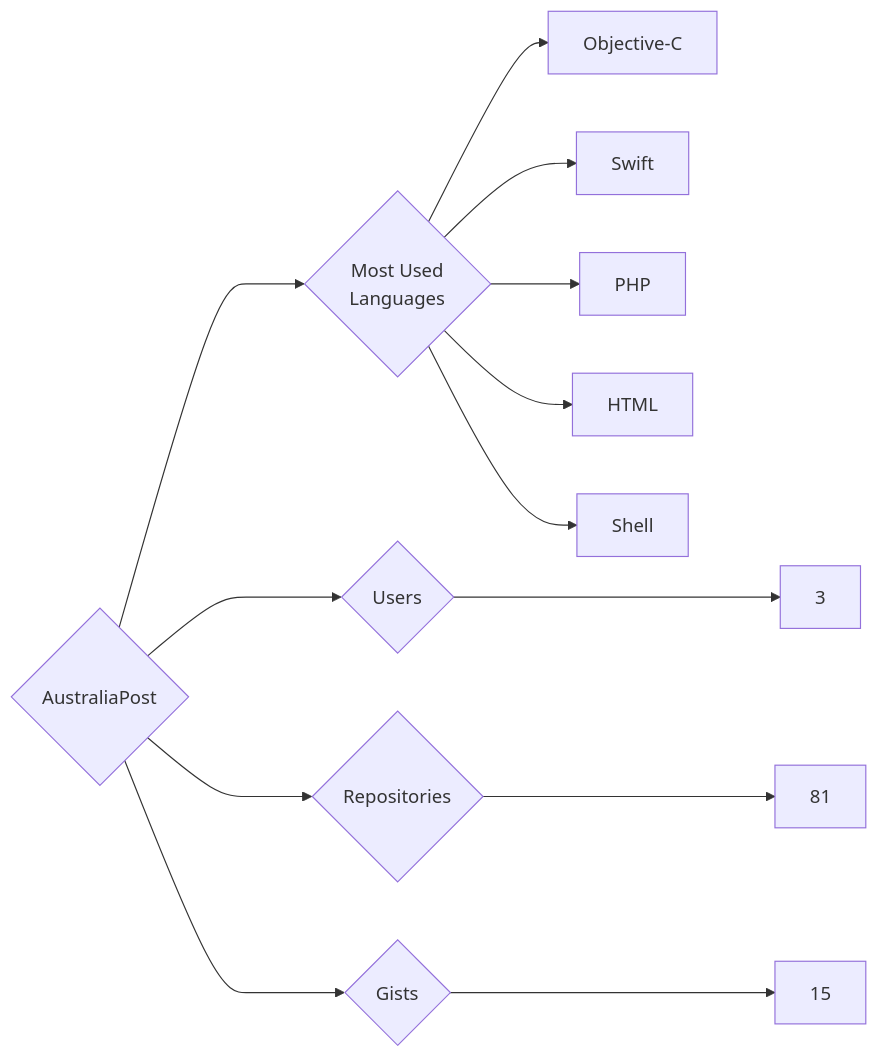
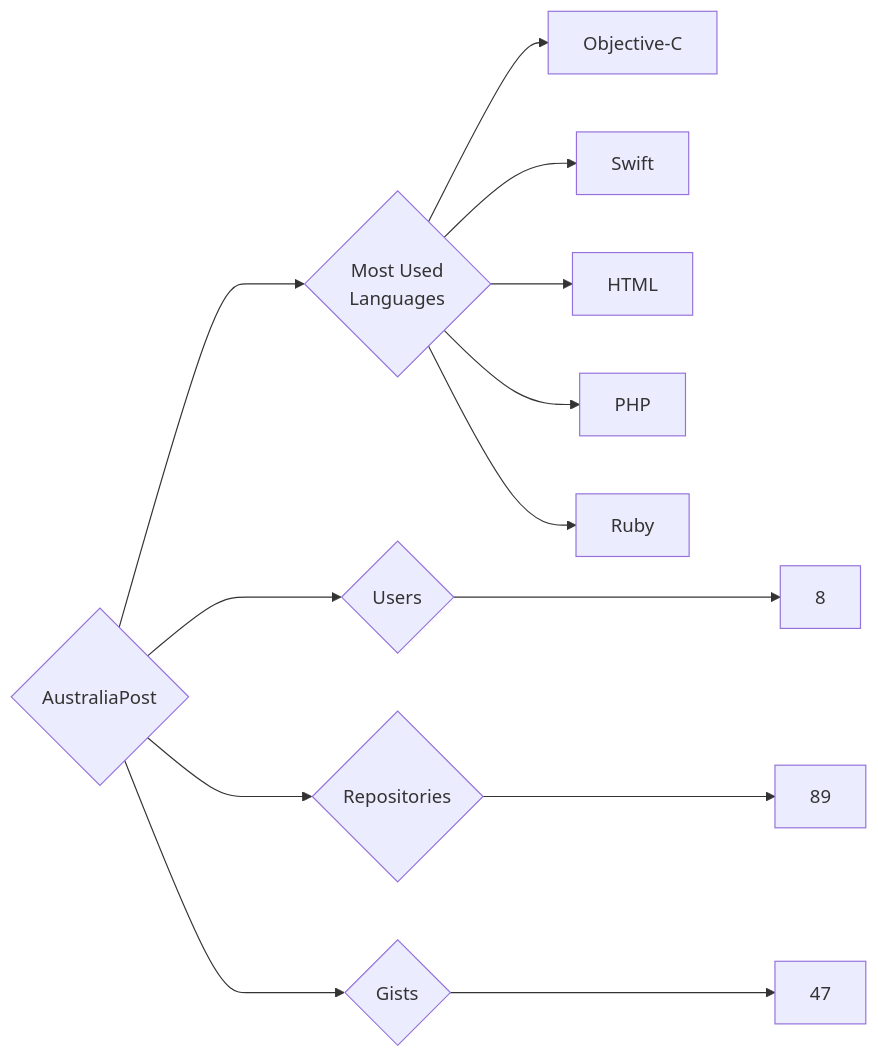
One commit to trickest/insiders changed the diagram in targets/AustraliaPost/README.md. Above: the diagram before and after it, drawn with Mermaid. The commit also changed 1149 other files, not shown here.

````diff
--- a/targets/AustraliaPost/README.md
+++ b/targets/AustraliaPost/README.md
@@ -3,13 +3,13 @@
 ```mermaid
 graph LR
 COMPANY_NAME{AustraliaPost}
-COMPANY_NAME ---> U{Users} ---> UN[3]
-COMPANY_NAME ---> R{Repositories} ---> RN[81]
-COMPANY_NAME ---> G{Gists} ---> GN[15]
+COMPANY_NAME ---> U{Users} ---> UN[8]
+COMPANY_NAME ---> R{Repositories} ---> RN[89]
+COMPANY_NAME ---> G{Gists} ---> GN[47]
 COMPANY_NAME ---> ML{Most Used<br>Languages}
 ML --> Objective-C[Objective-C]
 ML --> Swift[Swift]
+ML --> HTML[HTML]
 ML --> PHP[PHP]
-ML --> HTML[HTML]
-ML --> Shell[Shell]
+ML --> Ruby[Ruby]
 ```
````
